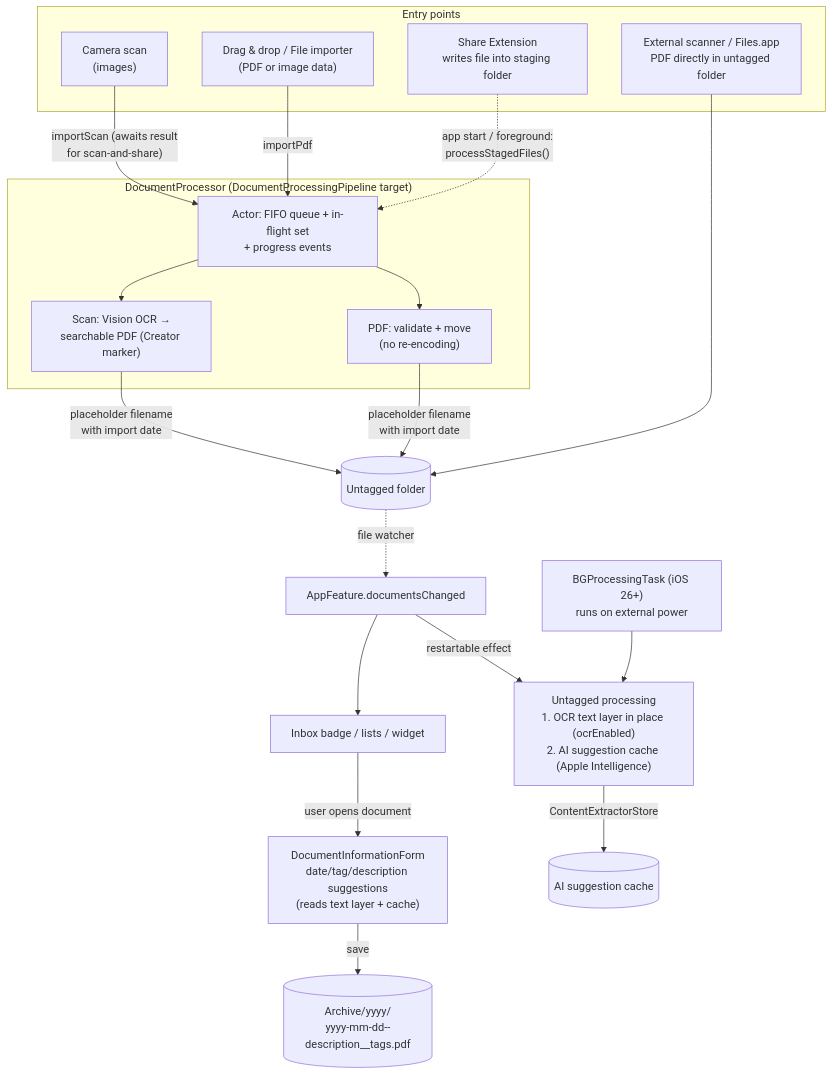
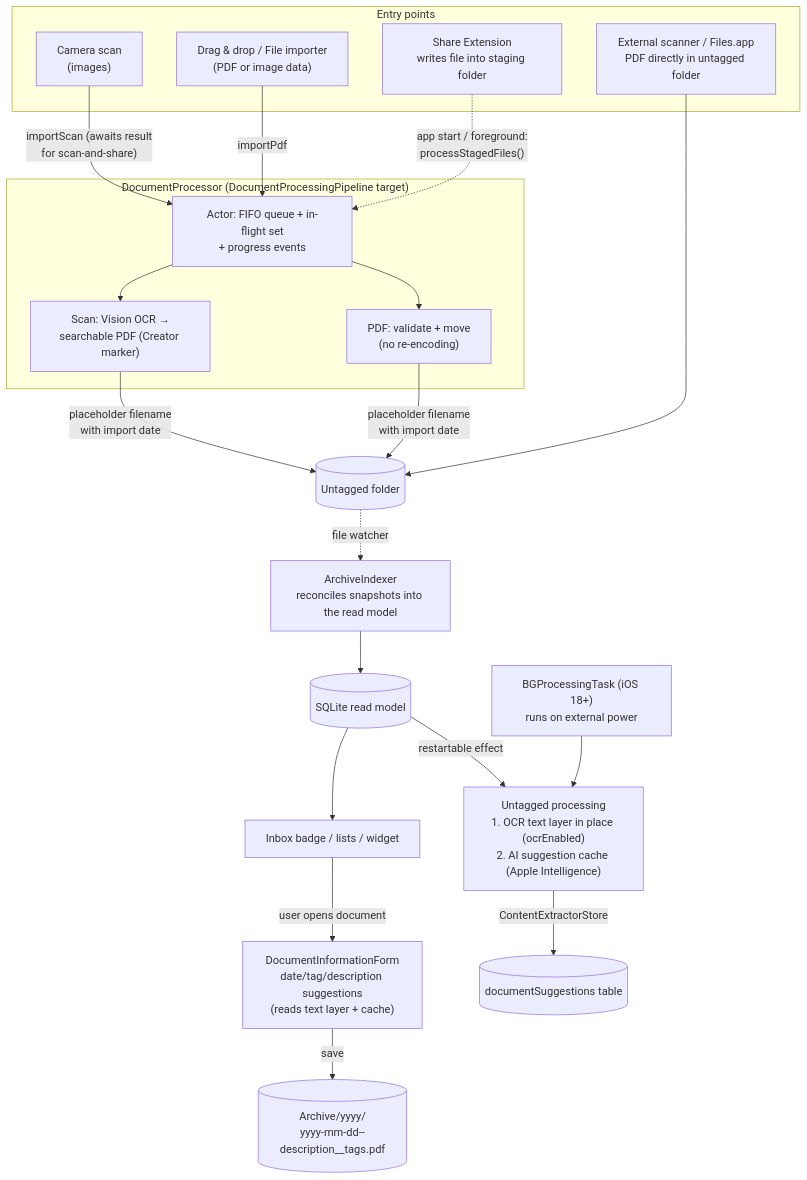
Before and after one commit to PDF-Archiver/PDF-Archiver: the diagram in docs/document-flow.md, drawn with Mermaid. The commit also changed other lines of this file and 20 other files, not shown here.

First line of the commit message:
feat: use the indexed text for suggestions and downloads (#329)

````diff
--- a/docs/document-flow.md
+++ b/docs/document-flow.md
@@ -9,31 +9,32 @@
 ```mermaid
 flowchart TD
     subgraph Entry ["Entry points"]
         E1["Camera scan<br/>(images)"]
         E2["Drag & drop / File importer<br/>(PDF or image data)"]
         E3["Share Extension<br/>writes file into staging folder"]
         E4["External scanner / Files.app<br/>PDF directly in untagged folder"]
     end
 
     subgraph Processor ["DocumentProcessor (DocumentProcessingPipeline target)"]
         ACT["Actor: FIFO queue + in-flight set<br/>+ progress events"]
         P1["Scan: Vision OCR →<br/>searchable PDF (Creator marker)"]
         P2["PDF: validate + move<br/>(no re-encoding)"]
     end
 
     E1 -->|"importScan (awaits result<br/>for scan-and-share)"| ACT
     E2 -->|importPdf| ACT
     E3 -.->|"app start / foreground:<br/>processStagedFiles()"| ACT
     ACT --> P1 & P2
     P1 & P2 -->|"placeholder filename<br/>with import date"| UNT[("Untagged folder")]
     E4 --> UNT
 
-    UNT -.->|file watcher| DC["AppFeature.documentsChanged"]
-    DC --> UI["Inbox badge / lists / widget"]
-    DC -->|"restartable effect"| SWEEP["Untagged processing<br/>1. OCR text layer in place (ocrEnabled)<br/>2. AI suggestion cache (Apple Intelligence)"]
-    BG["BGProcessingTask (iOS 26+)<br/>runs on external power"] --> SWEEP
-    SWEEP -->|"ContentExtractorStore"| CACHE[("AI suggestion cache")]
+    UNT -.->|file watcher| IDX["ArchiveIndexer<br/>reconciles snapshots into the read model"]
+    IDX --> DB[("SQLite read model")]
+    DB --> UI["Inbox badge / lists / widget"]
+    DB -->|"restartable effect"| SWEEP["Untagged processing<br/>1. OCR text layer in place (ocrEnabled)<br/>2. AI suggestion cache (Apple Intelligence)"]
+    BG["BGProcessingTask (iOS 18+)<br/>runs on external power"] --> SWEEP
+    SWEEP -->|"ContentExtractorStore"| CACHE[("documentSuggestions table")]
 
     UI -->|"user opens document"| FORM["DocumentInformationForm<br/>date/tag/description suggestions<br/>(reads text layer + cache)"]
     FORM -->|save| ARCH[("Archive/yyyy/<br/>yyyy-mm-dd--description__tags.pdf")]
 ```
````
